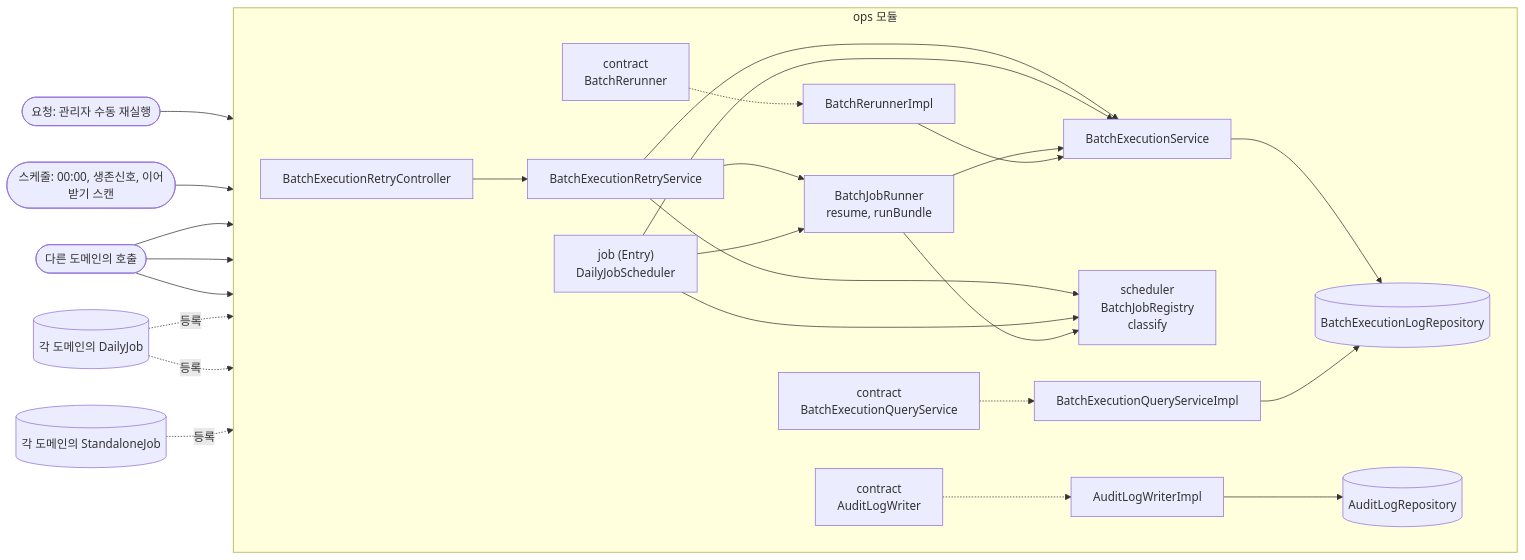
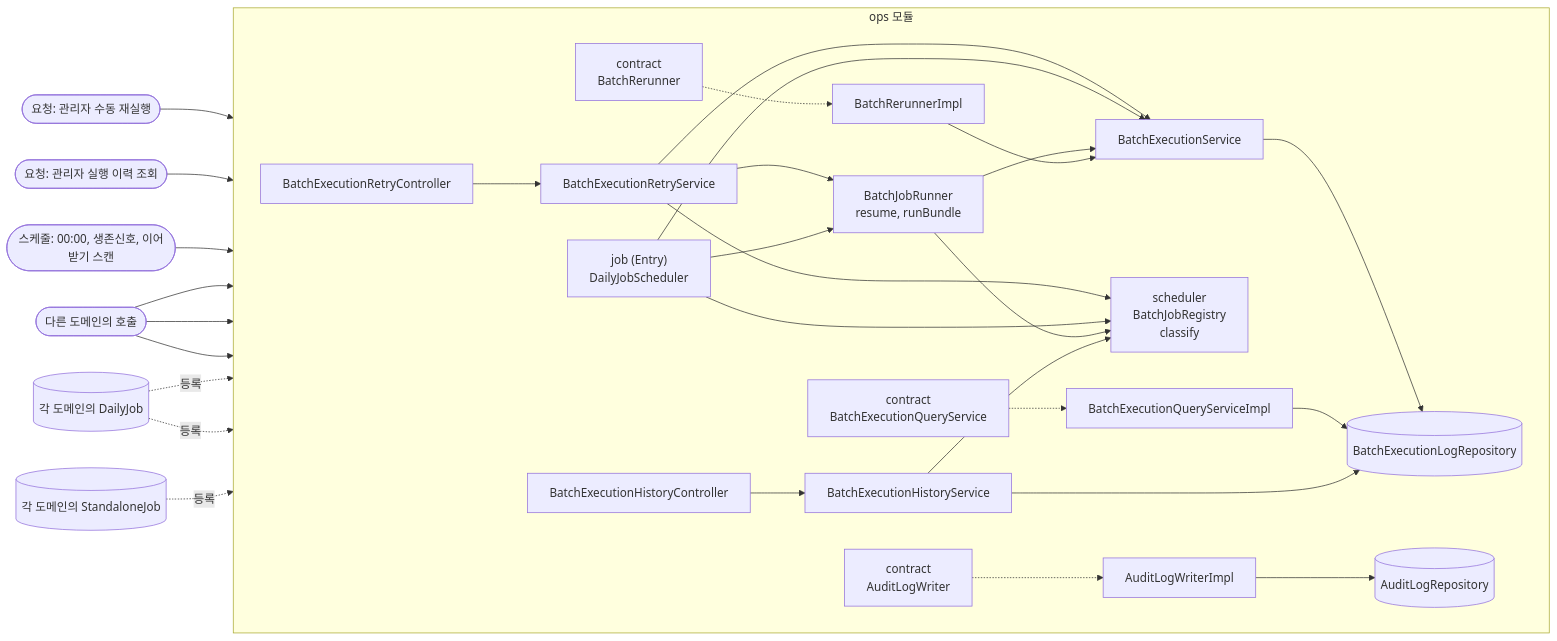
The first of 3 diagrams in docs/design/ops/ops_구조와_동작_설계.md (lunch-catch/lc-backend), drawn with Mermaid before and after one commit. The commit also changed other lines of this file and 4 other files, not shown here.

````diff
--- a/docs/design/ops/ops_구조와_동작_설계.md
+++ b/docs/design/ops/ops_구조와_동작_설계.md
@@ -73,34 +71,38 @@
 ```mermaid
 flowchart LR
     REQ([요청: 관리자 수동 재실행]) --> BRC
+    REQH([요청: 관리자 실행 이력 조회]) --> BHC
     SCH([스케줄: 00:00, 생존신호, 이어받기 스캔]) --> DJS
     CALL([다른 도메인의 호출]) --> ALW & BEQ & BRR
 
     subgraph ops["ops 모듈"]
         direction LR
         ALW["contract<br/>AuditLogWriter"]
         BEQ["contract<br/>BatchExecutionQueryService"]
         BRR["contract<br/>BatchRerunner"]
 
         DJS["job (Entry)<br/>DailyJobScheduler"]
         BRC[BatchExecutionRetryController] --> BRS["BatchExecutionRetryService"]
         BRS --> BES["BatchExecutionService"]
         BRS --> DJR["BatchJobRunner<br/>resume, runBundle"]
         BRS --> REG["scheduler<br/>BatchJobRegistry<br/>classify"]
         DJS --> REG
         DJR --> REG
         DJS --> BES
         DJS --> DJR
         BES --> BELR[(BatchExecutionLogRepository)]
         DJR --> BES
         ALW -.-> ALWI[AuditLogWriterImpl]
         ALWI --> ALR[(AuditLogRepository)]
         BEQ -.-> BEQI[BatchExecutionQueryServiceImpl]
         BRR -.-> BRRI[BatchRerunnerImpl]
         BEQI --> BELR
         BRRI --> BES
+        BHC[BatchExecutionHistoryController] --> BHS[BatchExecutionHistoryService]
+        BHS --> BELR
+        BHS --> REG
     end
 
     DJ[("각 도메인의 DailyJob")] -.등록.-> DJR & REG
     SJ[("각 도메인의 StandaloneJob")] -.등록.-> REG
 ```
````
